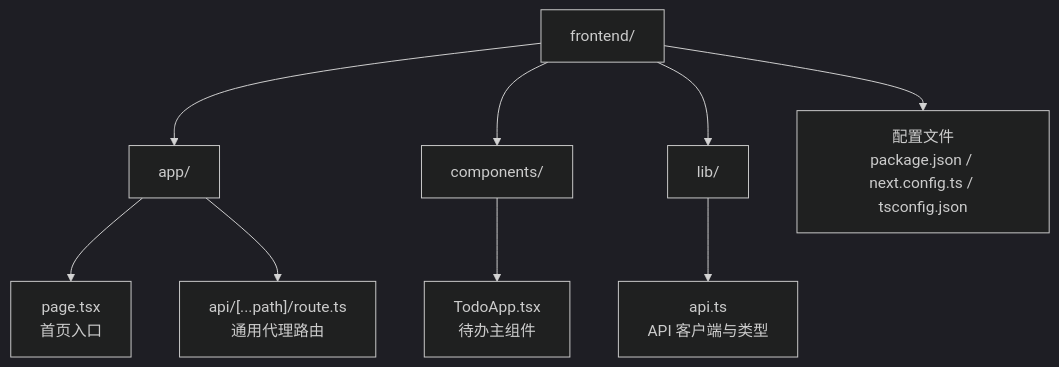
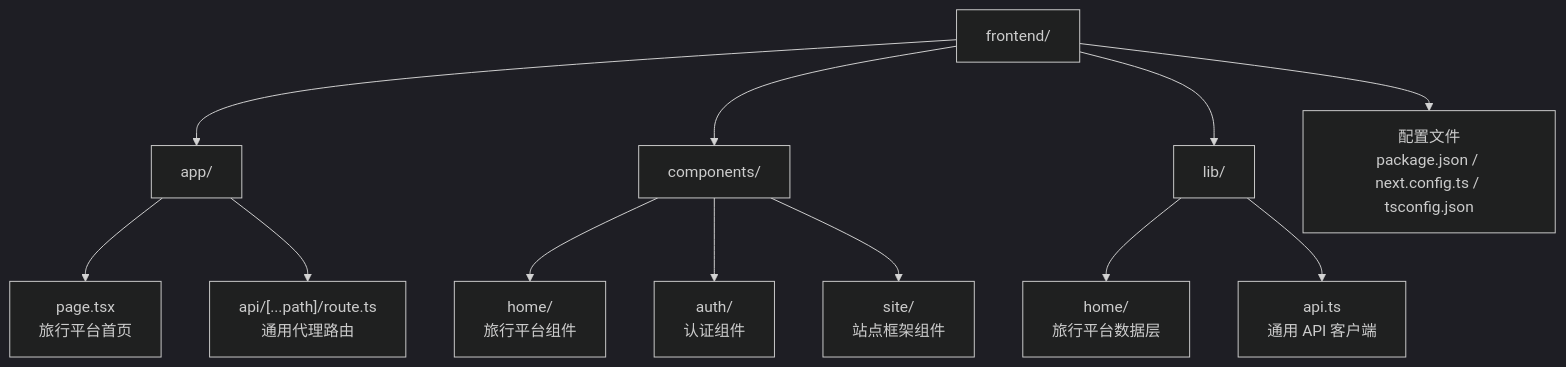
The first of 9 diagrams in .qoder/repowiki/zh/content/前端开发/前端开发.md (luyitiger6/my-first-project), drawn with Mermaid (dark theme) before and after one commit. The commit also changed other lines of this file and 44 other files, not shown here.

````diff
--- a/.qoder/repowiki/zh/content/前端开发/前端开发.md
+++ b/.qoder/repowiki/zh/content/前端开发/前端开发.md
@@ -44,11 +70,14 @@
 ```mermaid
 graph TB
 A["frontend/"] --> B["app/"]
 A --> C["components/"]
 A --> D["lib/"]
 A --> E["配置文件<br/>package.json / next.config.ts / tsconfig.json"]
-B --> B1["page.tsx<br/>首页入口"]
+B --> B1["page.tsx<br/>旅行平台首页"]
 B --> B2["api/[...path]/route.ts<br/>通用代理路由"]
-C --> C1["TodoApp.tsx<br/>待办主组件"]
-D --> D1["api.ts<br/>API 客户端与类型"]
+C --> C1["home/<br/>旅行平台组件"]
+C --> C2["auth/<br/>认证组件"]
+C --> C3["site/<br/>站点框架组件"]
+D --> D1["home/<br/>旅行平台数据层"]
+D --> D2["api.ts<br/>通用 API 客户端"]
 ```
````
